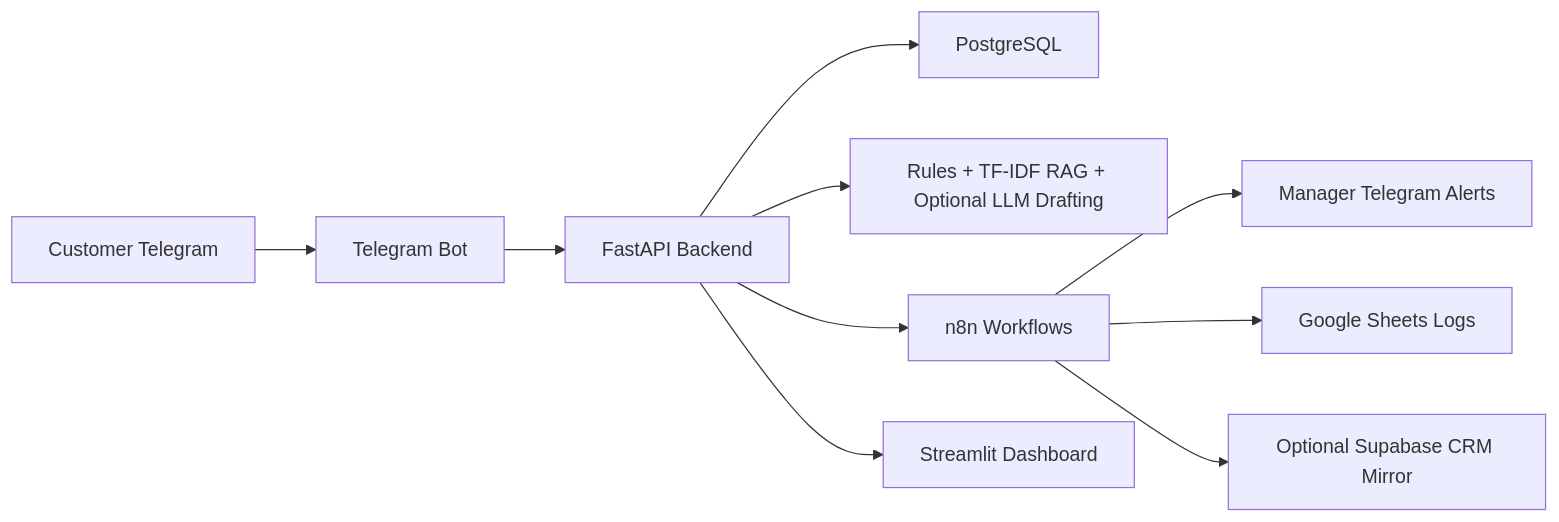
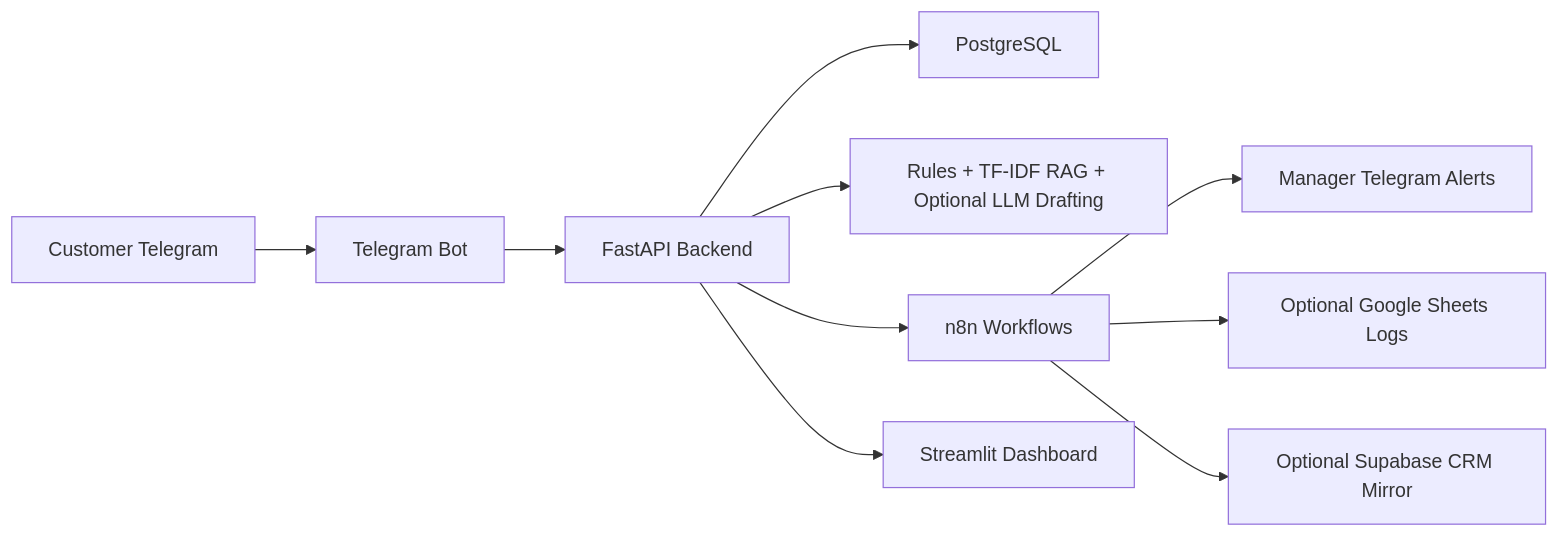
The diagram in README.md (IlliaSator/E-commerce-Support-Automation), drawn with Mermaid before and after one commit. The commit also changed other lines of this file, not shown here.

````diff
--- a/README.md
+++ b/README.md
@@ -29,12 +38,12 @@
 ```mermaid
 flowchart LR
     Customer["Customer Telegram"] --> Bot["Telegram Bot"]
     Bot --> API["FastAPI Backend"]
     API --> DB["PostgreSQL"]
     API --> AI["Rules + TF-IDF RAG + Optional LLM Drafting"]
     API --> N8N["n8n Workflows"]
     N8N --> Manager["Manager Telegram Alerts"]
-    N8N --> Sheets["Google Sheets Logs"]
+    N8N --> Sheets["Optional Google Sheets Logs"]
     N8N --> Supabase["Optional Supabase CRM Mirror"]
     API --> Dashboard["Streamlit Dashboard"]
 ```
````
